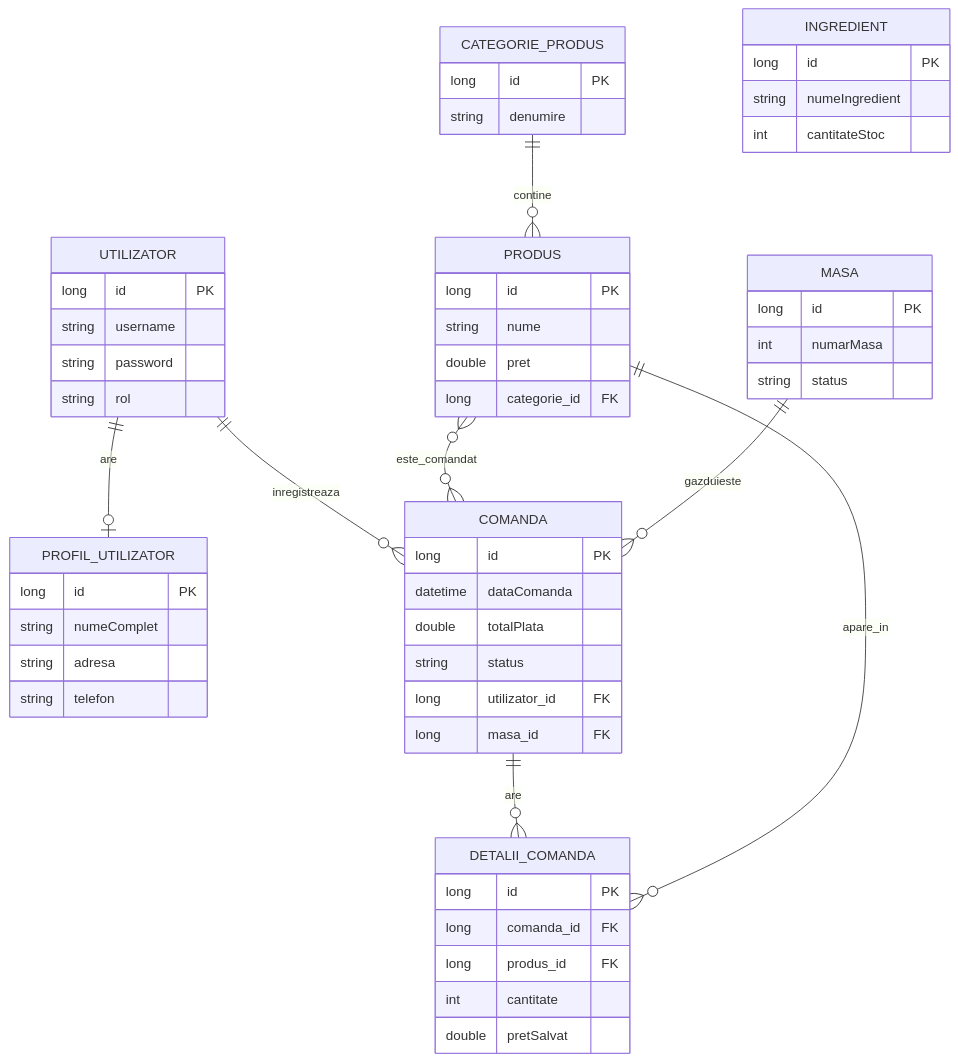
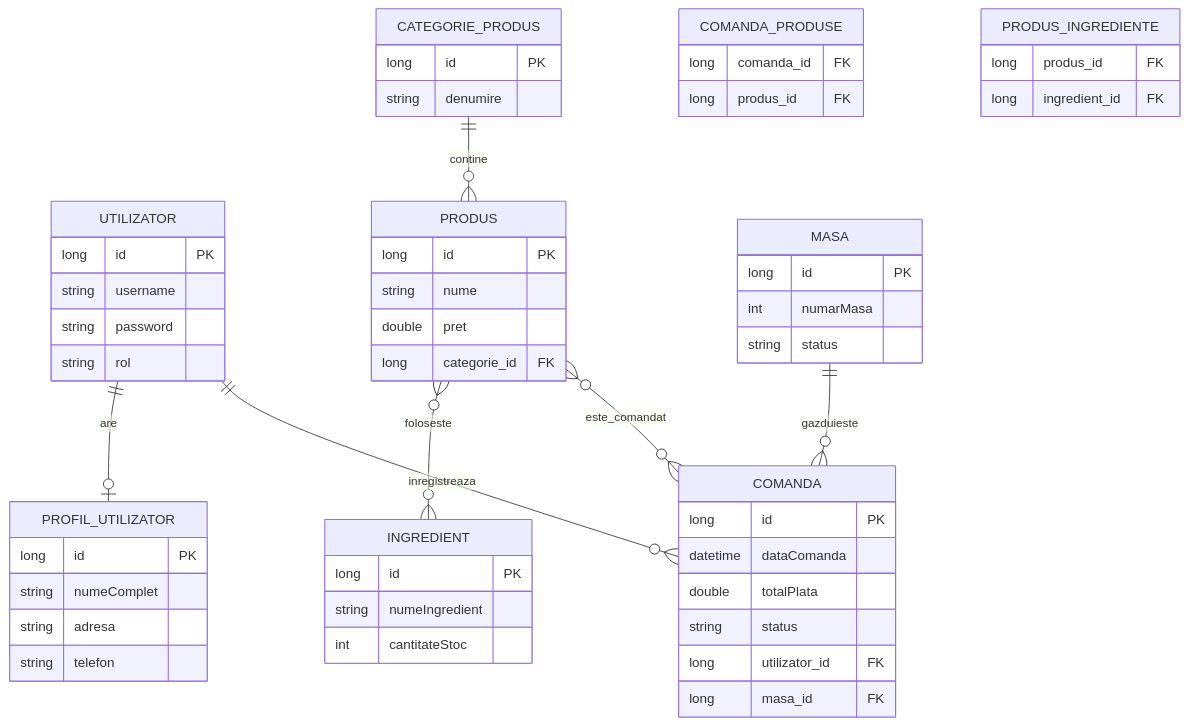
The diagram in README.md (leonteionutclaudiu/cafenea), drawn with Mermaid before and after one commit. The commit also changed other lines of this file and 54 other files, not shown here.

````diff
--- a/README.md
+++ b/README.md
@@ -84,65 +83,66 @@
 ```mermaid
 erDiagram
     UTILIZATOR ||--o| PROFIL_UTILIZATOR : are
     UTILIZATOR ||--o{ COMANDA : inregistreaza
     CATEGORIE_PRODUS ||--o{ PRODUS : contine
+    PRODUS }o--o{ INGREDIENT : foloseste
     PRODUS }o--o{ COMANDA : este_comandat
     MASA ||--o{ COMANDA : gazduieste
-    COMANDA ||--o{ DETALII_COMANDA : are
-    PRODUS ||--o{ DETALII_COMANDA : apare_in
 
     UTILIZATOR {
         long id PK
         string username
         string password
         string rol
     }
 
     PROFIL_UTILIZATOR {
         long id PK
         string numeComplet
         string adresa
         string telefon
     }
 
     CATEGORIE_PRODUS {
         long id PK
         string denumire
     }
 
     PRODUS {
         long id PK
         string nume
         double pret
         long categorie_id FK
     }
 
     INGREDIENT {
         long id PK
         string numeIngredient
         int cantitateStoc
     }
 
     MASA {
         long id PK
         int numarMasa
         string status
     }
 
     COMANDA {
         long id PK
         datetime dataComanda
         double totalPlata
         string status
         long utilizator_id FK
         long masa_id FK
     }
 
-    DETALII_COMANDA {
-        long id PK
+    COMANDA_PRODUSE {
         long comanda_id FK
         long produs_id FK
-        int cantitate
-        double pretSalvat
+    }
+
+    PRODUS_INGREDIENTE {
+        long produs_id FK
+        long ingredient_id FK
     }
 ```
````
